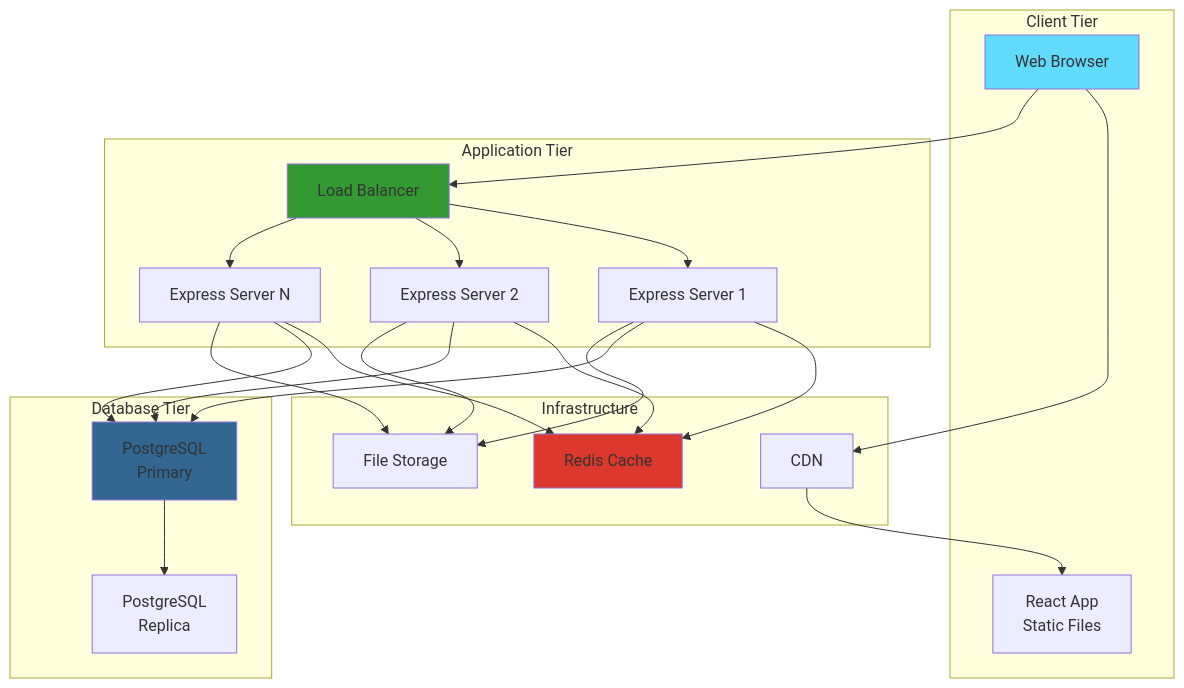
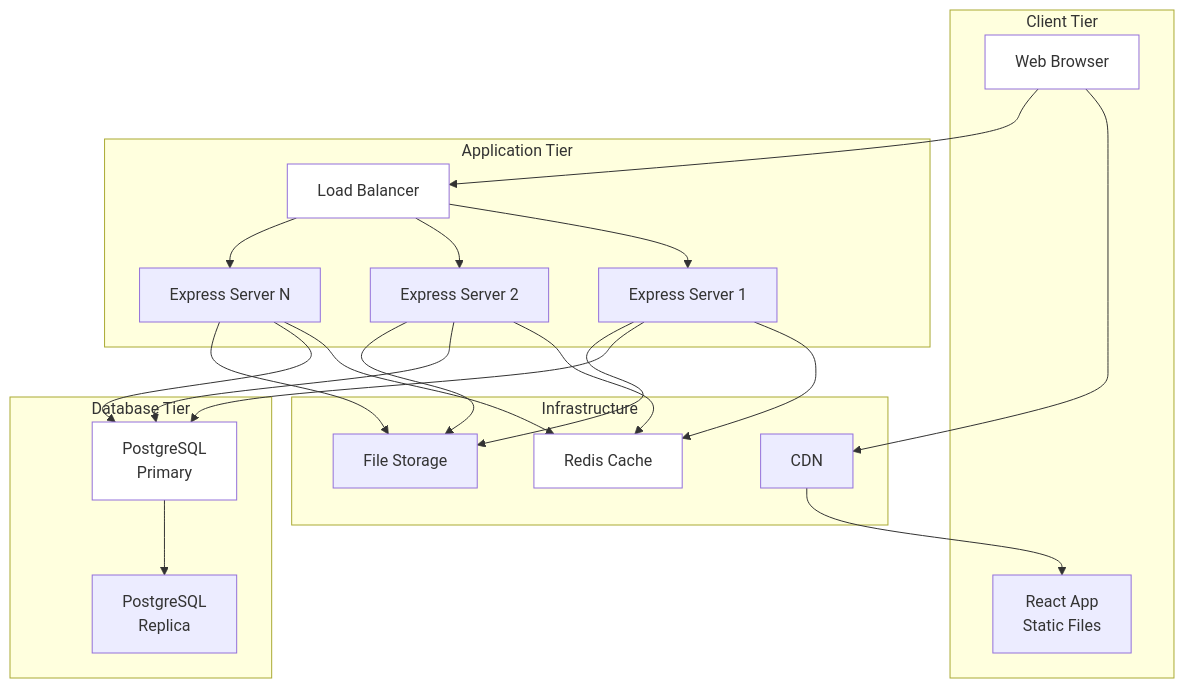
Diagram 17 of 23 in legacy/DIAGRAMS.md (MasterOz786/Re-Engineering-POS), drawn with Mermaid before and after one commit. The commit also changed other lines of this file, not shown here.

Commit message:
Update all diagrams to use white backgrounds

````diff
--- a/legacy/DIAGRAMS.md
+++ b/legacy/DIAGRAMS.md
@@ -1127,51 +1127,51 @@
 ```mermaid
 graph TB
     subgraph "Client Tier"
         A[Web Browser]
         B[React App<br/>Static Files]
     end
     
     subgraph "Application Tier"
         C[Load Balancer]
         D[Express Server 1]
         E[Express Server 2]
         F[Express Server N]
     end
     
     subgraph "Database Tier"
         G[PostgreSQL<br/>Primary]
         H[PostgreSQL<br/>Replica]
     end
     
     subgraph "Infrastructure"
         I[CDN]
         J[Redis Cache]
         K[File Storage]
     end
     
     A --> I
     I --> B
     A --> C
     C --> D
     C --> E
     C --> F
     
     D --> J
     E --> J
     F --> J
     
     D --> G
     E --> G
     F --> G
     
     G --> H
     
     D --> K
     E --> K
     F --> K
     
-    style A fill:#61dafb
-    style C fill:#339933
-    style G fill:#336791
-    style J fill:#dc382d
+    style A fill:#ffffff
+    style C fill:#ffffff
+    style G fill:#ffffff
+    style J fill:#ffffff
 ```
````
